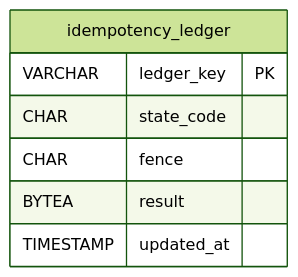
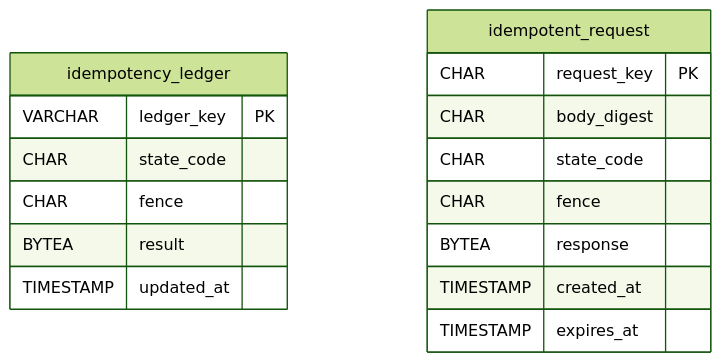
Diagram 19 of 24 in doc/database.md (nauticana/keel), drawn with Mermaid (forest theme) before and after one commit. The commit also changed other lines of this file and 44 other files, not shown here.

Commit message:
Inbound idempotency, WebSocket tickets, global roles in the schema

````diff
--- a/doc/database.md
+++ b/doc/database.md
@@ -1255,10 +1257,19 @@
 ```mermaid
 erDiagram
     idempotency_ledger {
         VARCHAR ledger_key PK
         CHAR state_code
         CHAR fence
         BYTEA result
         TIMESTAMP updated_at
     }
+    idempotent_request {
+        CHAR request_key PK
+        CHAR body_digest
+        CHAR state_code
+        CHAR fence
+        BYTEA response
+        TIMESTAMP created_at
+        TIMESTAMP expires_at
+    }
 ```
````
